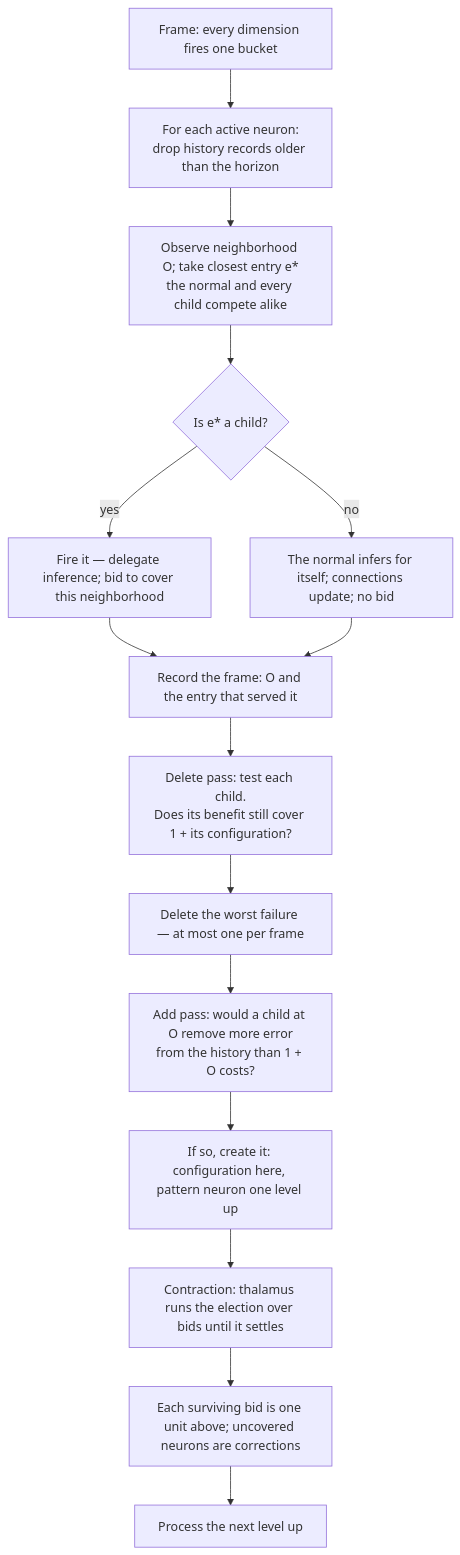
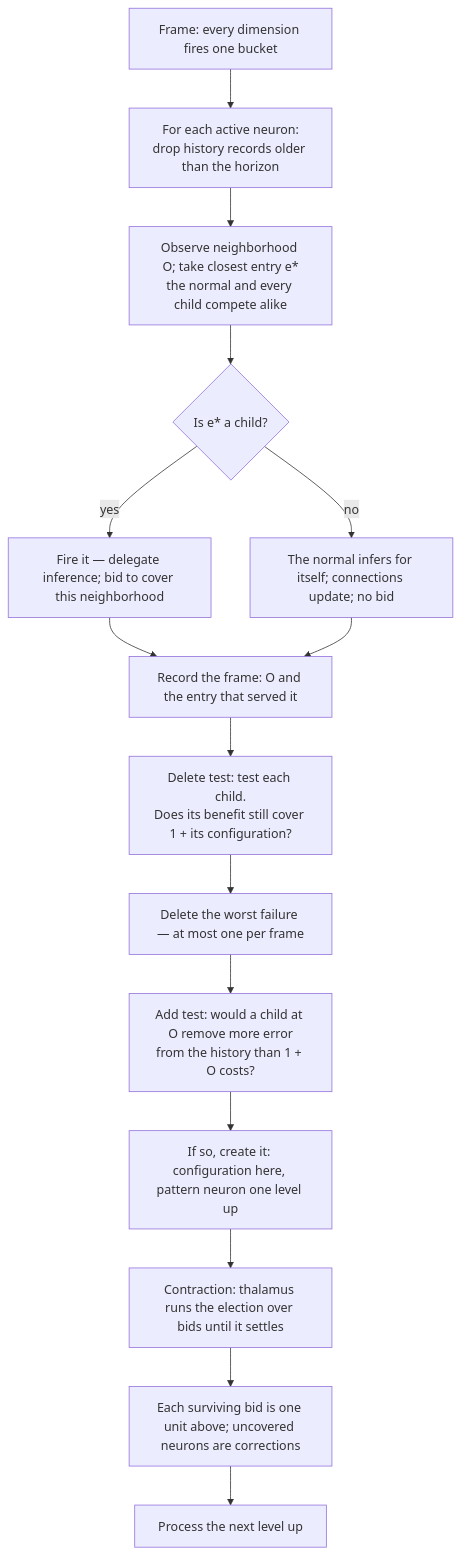
The diagram in docs/algorithm.md (cucar/robot_brain), drawn with Mermaid before and after one commit. The commit also changed other lines of this file and 13 other files, not shown here.

````diff
--- a/docs/algorithm.md
+++ b/docs/algorithm.md
@@ -545,17 +545,17 @@
 ```mermaid
 flowchart TD
     A["Frame: every dimension fires one bucket"] --> B["For each active neuron:<br/>drop history records older than the horizon"]
     B --> C["Observe neighborhood O; take closest entry e*<br/>the normal and every child compete alike"]
     C --> D{"Is e* a child?"}
     D -->|yes| E["Fire it — delegate inference; bid to cover this neighborhood"]
     D -->|no| F["The normal infers for itself; connections update; no bid"]
     E --> G["Record the frame: O and the entry that served it"]
     F --> G
-    G --> H["Delete pass: test each child.<br/>Does its benefit still cover 1 + its configuration?"]
+    G --> H["Delete test: test each child.<br/>Does its benefit still cover 1 + its configuration?"]
     H --> I["Delete the worst failure — at most one per frame"]
-    I --> J["Add pass: would a child at O remove more error<br/>from the history than 1 + O costs?"]
+    I --> J["Add test: would a child at O remove more error<br/>from the history than 1 + O costs?"]
     J --> K["If so, create it: configuration here, pattern neuron one level up"]
     K --> L["Contraction: thalamus runs the election over bids until it settles"]
     L --> M["Each surviving bid is one unit above; uncovered neurons are corrections"]
     M --> N["Process the next level up"]
 ```
````
